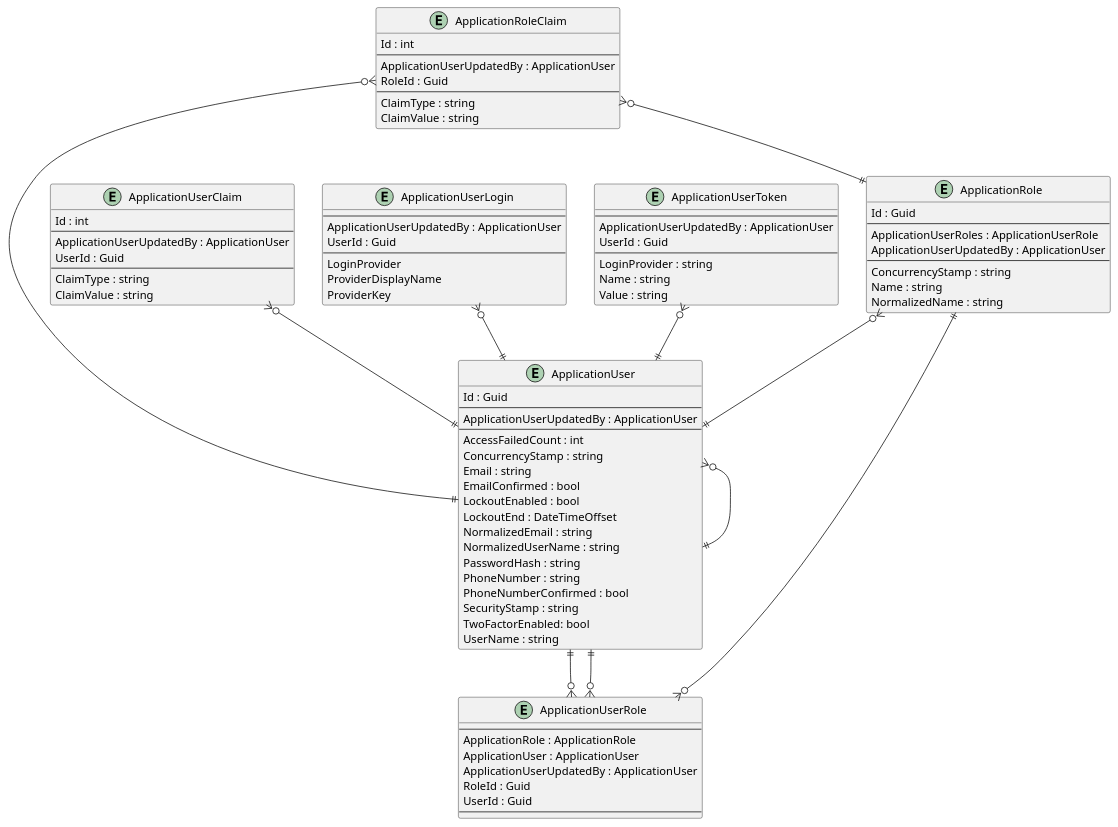
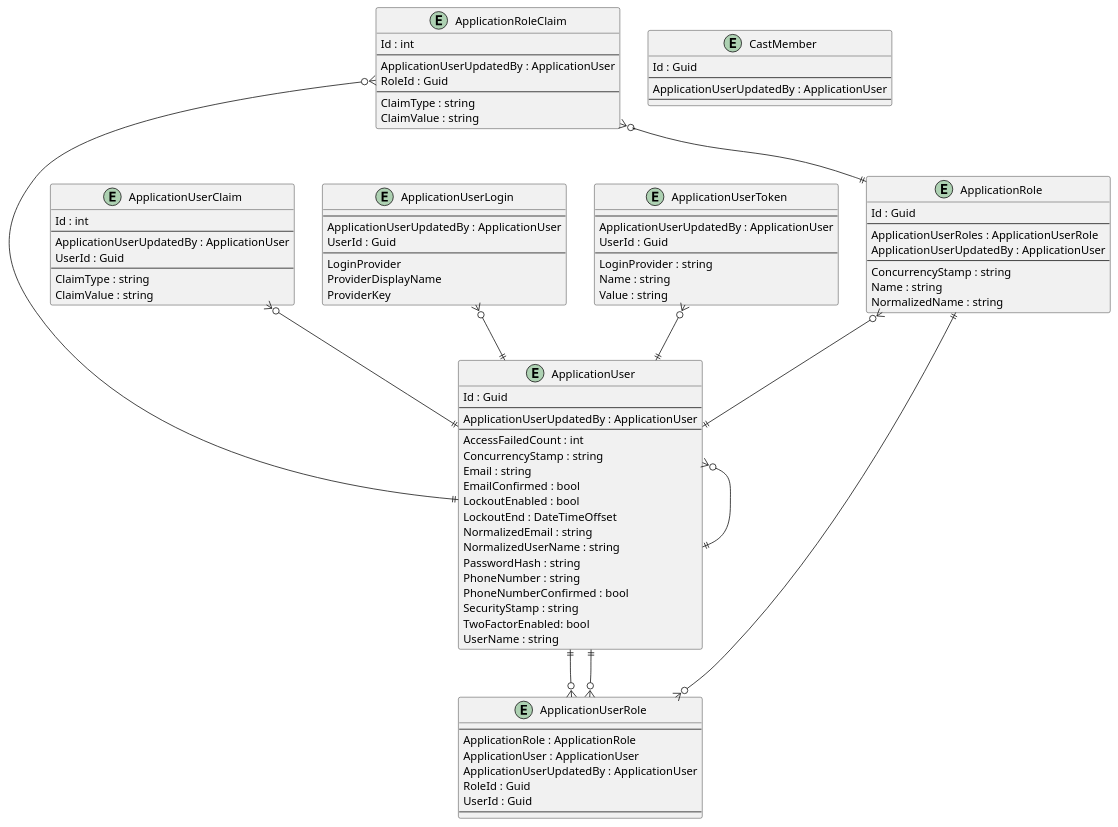
One commit to intrepion/BlazorWebAppMovies changed the diagram in .docs/BlazorWebAppMovies.pu. Above: the diagram before and after it, drawn with PlantUML.

```diff
--- a/.docs/BlazorWebAppMovies.pu
+++ b/.docs/BlazorWebAppMovies.pu
@@ -1,102 +1,111 @@
 @startuml
 
 entity ApplicationRole {
     Id : Guid
     --
     ApplicationUserRoles : ApplicationUserRole
     ApplicationUserUpdatedBy : ApplicationUser
     --
     ConcurrencyStamp : string
     Name : string
     NormalizedName : string
 }
 
 entity ApplicationRoleClaim {
     Id : int
     --
     ApplicationUserUpdatedBy : ApplicationUser
     RoleId : Guid
     --
     ClaimType : string
     ClaimValue : string
 }
 
 entity ApplicationUser {
     Id : Guid
     --
     ApplicationUserUpdatedBy : ApplicationUser
     ' ApplicationUserKeyCodePlaceholder
     --
     AccessFailedCount : int
     ConcurrencyStamp : string
     Email : string
     EmailConfirmed : bool
     LockoutEnabled : bool
     LockoutEnd : DateTimeOffset
     NormalizedEmail : string
     NormalizedUserName : string
     PasswordHash : string
     PhoneNumber : string
     PhoneNumberConfirmed : bool
     SecurityStamp : string
     TwoFactorEnabled: bool
     UserName : string
     ' ApplicationUserPropertyCodePlaceholder
 }
 
 entity ApplicationUserClaim {
     Id : int
     --
     ApplicationUserUpdatedBy : ApplicationUser
     UserId : Guid
     --
     ClaimType : string
     ClaimValue : string
 }
 
 entity ApplicationUserLogin {
     --
     ApplicationUserUpdatedBy : ApplicationUser
     UserId : Guid
     --
     LoginProvider
     ProviderDisplayName
     ProviderKey
 }
 
 entity ApplicationUserRole {
     --
     ApplicationRole : ApplicationRole
     ApplicationUser : ApplicationUser
     ApplicationUserUpdatedBy : ApplicationUser
     RoleId : Guid
     UserId : Guid
     --
 }
 
 entity ApplicationUserToken {
     --
     ApplicationUserUpdatedBy : ApplicationUser
     UserId : Guid
     --
     LoginProvider : string
     Name : string
     Value : string
 }
 
+entity CastMember {
+    Id : Guid
+    --
+    ApplicationUserUpdatedBy : ApplicationUser
+    ' CastMemberKeyCodePlaceholder
+    --
+    ' CastMemberPropertyCodePlaceholder
+}
+
 ' EntityCodePlaceholder
 
 ApplicationRole ||--o{ ApplicationUserRole
 ApplicationRole }o--|| ApplicationUser
 ApplicationRoleClaim }o--|| ApplicationRole
 ApplicationRoleClaim }o--|| ApplicationUser
 ApplicationUser }o--|| ApplicationUser
 ApplicationUser ||--o{ ApplicationUserRole
 ApplicationUserClaim }o--|| ApplicationUser
 ApplicationUserLogin }o--|| ApplicationUser
 ApplicationUserRole }o--|| ApplicationUser
 ApplicationUserToken }o--|| ApplicationUser
 
 ' RelationshipCodePlaceholder
 
 @enduml
```
